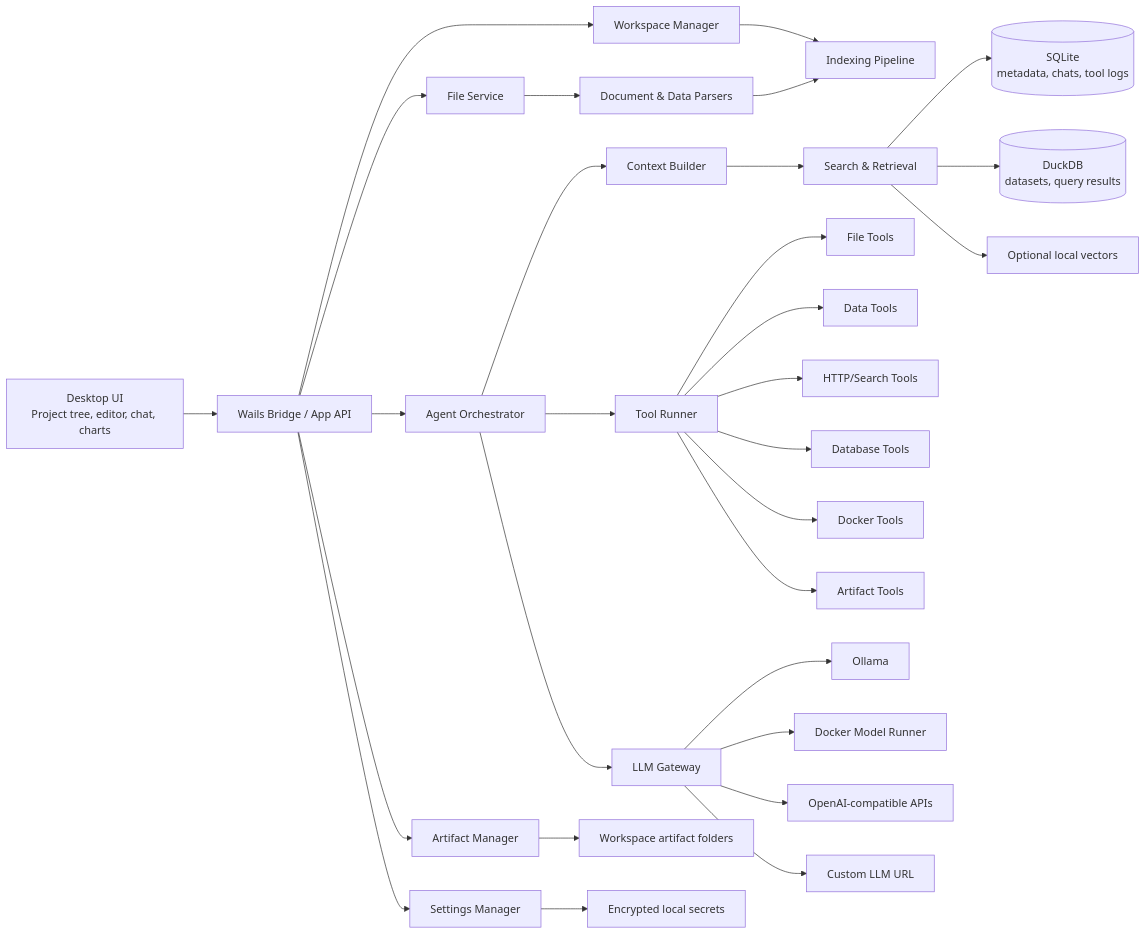
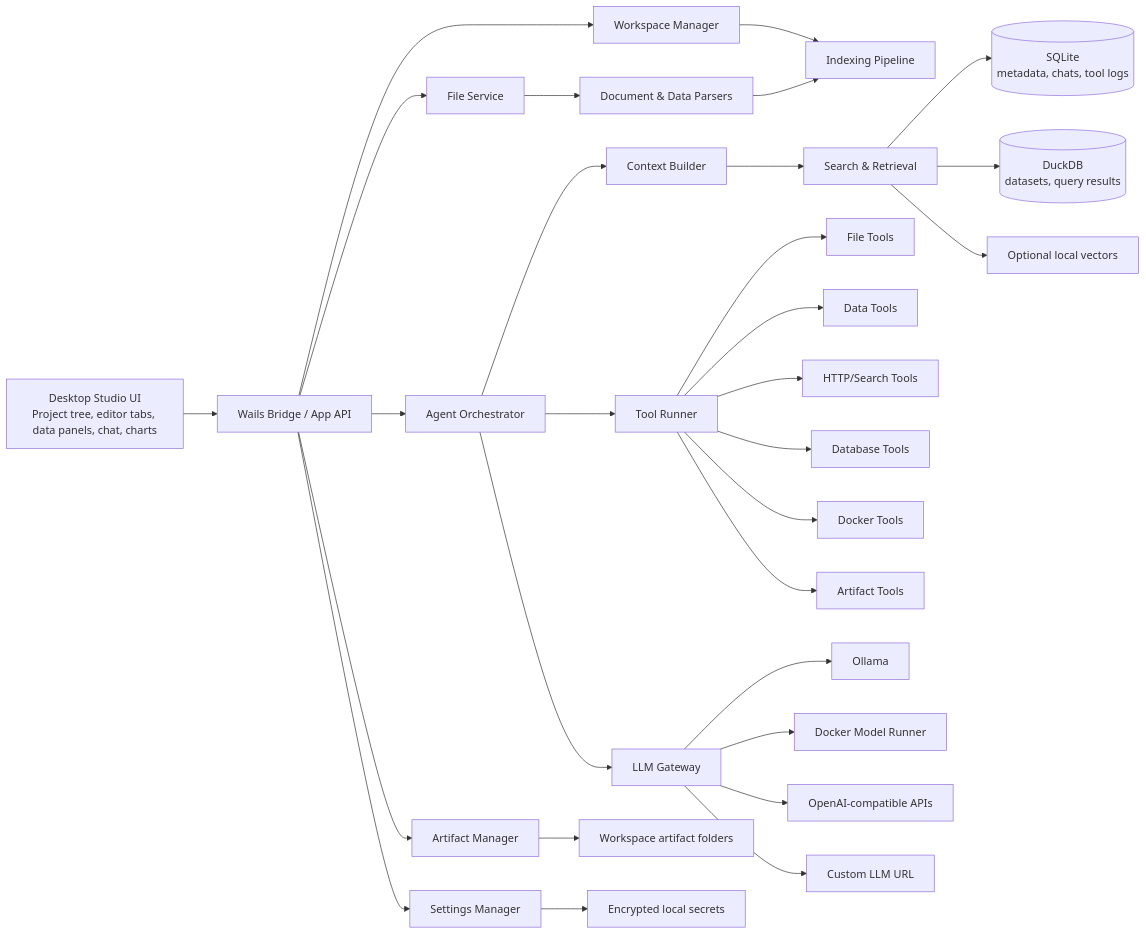
The diagram in docs/02_ARCHITECTURE.md (RCooLeR/NexusDesk), drawn with Mermaid before and after one commit. The commit also changed other lines of this file and 16 other files, not shown here.

````diff
--- a/docs/02_ARCHITECTURE.md
+++ b/docs/02_ARCHITECTURE.md
@@ -30,38 +30,38 @@
 ```mermaid
 flowchart LR
-  UI["Desktop UI<br/>Project tree, editor, chat, charts"] --> Bridge["Wails Bridge / App API"]
+  UI["Desktop Studio UI<br/>Project tree, editor tabs, data panels, chat, charts"] --> Bridge["Wails Bridge / App API"]
 
   Bridge --> Workspace["Workspace Manager"]
   Bridge --> Files["File Service"]
   Bridge --> Agent["Agent Orchestrator"]
   Bridge --> Artifacts["Artifact Manager"]
   Bridge --> Settings["Settings Manager"]
 
   Workspace --> Indexer["Indexing Pipeline"]
   Files --> Parsers["Document & Data Parsers"]
   Parsers --> Indexer
 
   Agent --> Context["Context Builder"]
   Agent --> Tools["Tool Runner"]
   Agent --> LLM["LLM Gateway"]
 
   Context --> Search["Search & Retrieval"]
   Search --> AppDB[("SQLite<br/>metadata, chats, tool logs")]
   Search --> AnalyticsDB[("DuckDB<br/>datasets, query results")]
   Search --> VectorStore["Optional local vectors"]
 
   Tools --> FileTools["File Tools"]
   Tools --> DataTools["Data Tools"]
   Tools --> WebTools["HTTP/Search Tools"]
   Tools --> DBTools["Database Tools"]
   Tools --> DockerTools["Docker Tools"]
   Tools --> ArtifactTools["Artifact Tools"]
 
   LLM --> Ollama["Ollama"]
   LLM --> DockerModelRunner["Docker Model Runner"]
   LLM --> OpenAICompat["OpenAI-compatible APIs"]
   LLM --> CustomGateway["Custom LLM URL"]
 
   Artifacts --> WorkspaceFiles["Workspace artifact folders"]
   Settings --> Secrets["Encrypted local secrets"]
 ```
````
